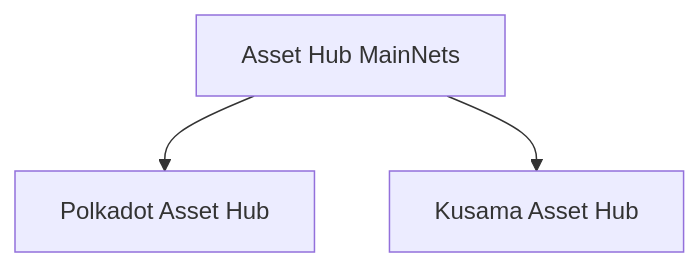
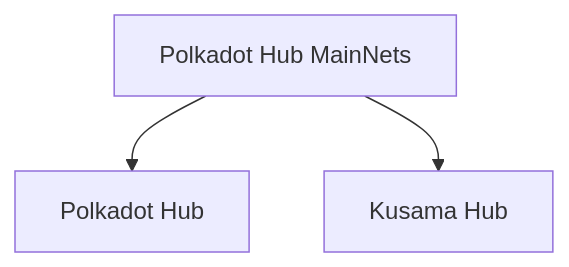
Before and after one commit to polkadot-developers/polkadot-docs: the third of 3 diagrams in polkadot-protocol/smart-contract-basics/networks.md, drawn with Mermaid. The commit also changed other lines of this file and 1 other file, not shown here.

````diff
--- a/polkadot-protocol/smart-contract-basics/networks.md
+++ b/polkadot-protocol/smart-contract-basics/networks.md
@@ -69,5 +69,5 @@
 ``` mermaid
 flowchart TB
-    id1[Asset Hub MainNets] --> id2[Polkadot Asset Hub]
-    id1[Asset Hub MainNets] --> id3[Kusama Asset Hub]
+    id1[Polkadot Hub MainNets] --> id2[Polkadot Hub]
+    id1[Polkadot Hub MainNets] --> id3[Kusama Hub]
 ```
````
